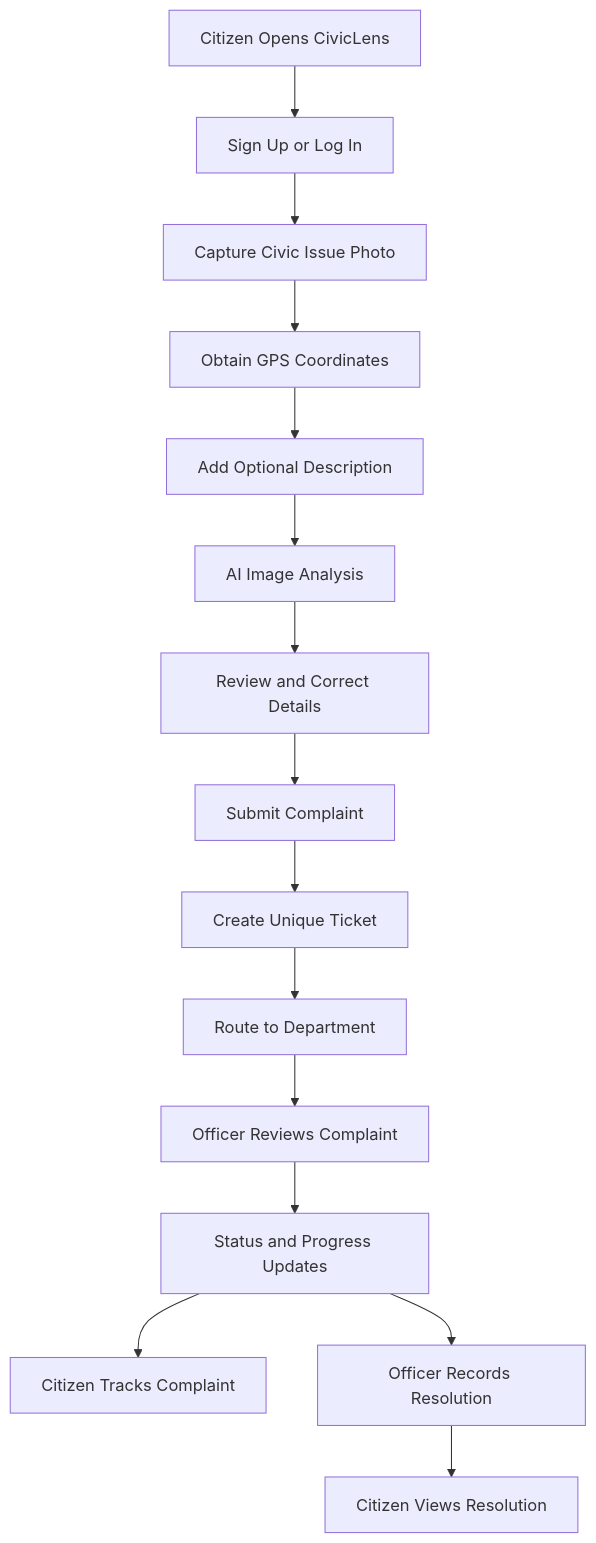
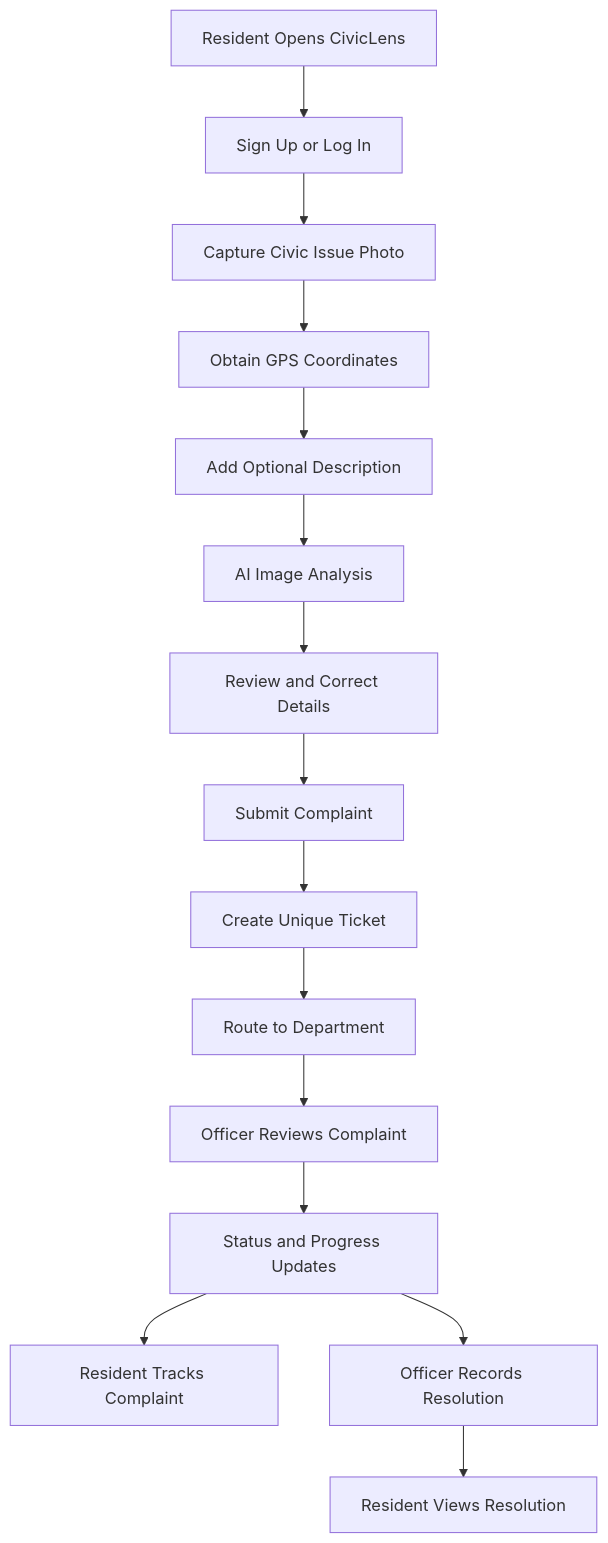
The first of 2 diagrams in README.md (Yashpatole81/CivicLens), drawn with Mermaid before and after one commit. The commit also changed other lines of this file, not shown here.

````diff
--- a/README.md
+++ b/README.md
@@ -89,17 +107,17 @@
-```mermaid
+``` mermaid
 flowchart TD
-    A[Citizen Opens CivicLens] --> B[Sign Up or Log In]
+    A[Resident Opens CivicLens] --> B[Sign Up or Log In]
     B --> C[Capture Civic Issue Photo]
     C --> D[Obtain GPS Coordinates]
     D --> E[Add Optional Description]
     E --> F[AI Image Analysis]
     F --> G[Review and Correct Details]
     G --> H[Submit Complaint]
     H --> I[Create Unique Ticket]
     I --> J[Route to Department]
     J --> K[Officer Reviews Complaint]
     K --> L[Status and Progress Updates]
-    L --> M[Citizen Tracks Complaint]
+    L --> M[Resident Tracks Complaint]
     L --> N[Officer Records Resolution]
-    N --> O[Citizen Views Resolution]
+    N --> O[Resident Views Resolution]
 ```
````
